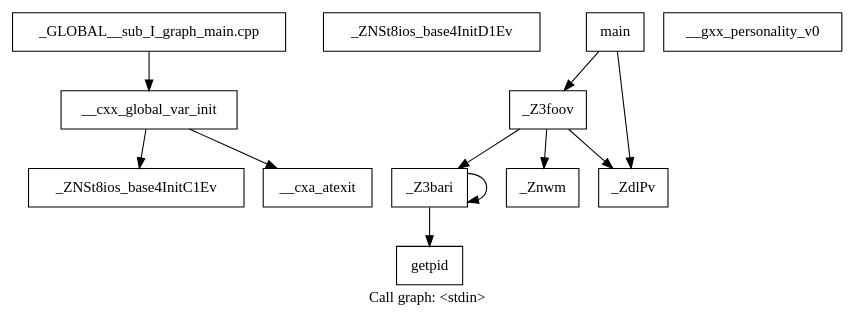
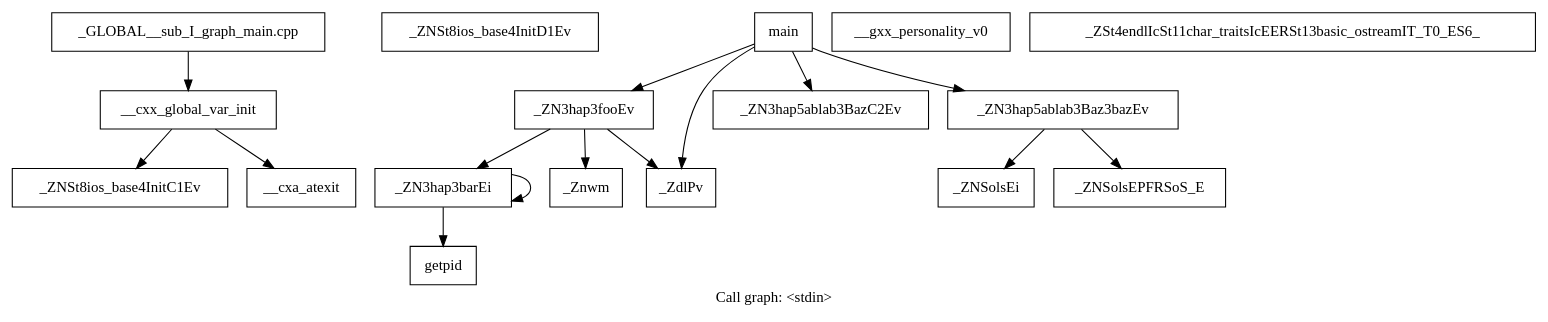
Before and after one commit to MatthiasKillat/progress_monitoring: the diagram in graph/<stdin>.callgraph.dot, drawn with Graphviz. The commit also changed 5 other files, not shown here.

```diff
--- a/graph/<stdin>.callgraph.dot
+++ b/graph/<stdin>.callgraph.dot
@@ -1,26 +1,35 @@
 digraph "Call graph: \<stdin\>" {
 	label="Call graph: \<stdin\>";
 
-	Node0x561b1bce82a0 [shape=record,label="{__cxx_global_var_init}"];
-	Node0x561b1bce82a0 -> Node0x561b1bce8320;
-	Node0x561b1bce82a0 -> Node0x561b1bce0a10;
-	Node0x561b1bce8320 [shape=record,label="{_ZNSt8ios_base4InitC1Ev}"];
-	Node0x561b1bce0ac0 [shape=record,label="{_ZNSt8ios_base4InitD1Ev}"];
-	Node0x561b1bce0a10 [shape=record,label="{__cxa_atexit}"];
-	Node0x561b1bcf3300 [shape=record,label="{_Z3bari}"];
-	Node0x561b1bcf3300 -> Node0x561b1bcf3300;
-	Node0x561b1bcf3300 -> Node0x561b1bcf33b0;
-	Node0x561b1bcf33b0 [shape=record,label="{getpid}"];
-	Node0x561b1bcf3580 [shape=record,label="{_Z3foov}"];
-	Node0x561b1bcf3580 -> Node0x561b1bcf3600;
-	Node0x561b1bcf3580 -> Node0x561b1bcf3300;
-	Node0x561b1bcf3580 -> Node0x561b1bcf36b0;
-	Node0x561b1bcf3600 [shape=record,label="{_Znwm}"];
-	Node0x561b1bcf3730 [shape=record,label="{__gxx_personality_v0}"];
-	Node0x561b1bcf36b0 [shape=record,label="{_ZdlPv}"];
-	Node0x561b1bcf3aa0 [shape=record,label="{main}"];
-	Node0x561b1bcf3aa0 -> Node0x561b1bcf3580;
-	Node0x561b1bcf3aa0 -> Node0x561b1bcf36b0;
-	Node0x561b1bcf3b50 [shape=record,label="{_GLOBAL__sub_I_graph_main.cpp}"];
-	Node0x561b1bcf3b50 -> Node0x561b1bce82a0;
+	Node0x55d907c40480 [shape=record,label="{__cxx_global_var_init}"];
+	Node0x55d907c40480 -> Node0x55d907c411e0;
+	Node0x55d907c40480 -> Node0x55d907c3ee20;
+	Node0x55d907c411e0 [shape=record,label="{_ZNSt8ios_base4InitC1Ev}"];
+	Node0x55d907c369d0 [shape=record,label="{_ZNSt8ios_base4InitD1Ev}"];
+	Node0x55d907c3ee20 [shape=record,label="{__cxa_atexit}"];
+	Node0x55d907c36b00 [shape=record,label="{_ZN3hap3barEi}"];
+	Node0x55d907c36b00 -> Node0x55d907c36b00;
+	Node0x55d907c36b00 -> Node0x55d907c36bb0;
+	Node0x55d907c36bb0 [shape=record,label="{getpid}"];
+	Node0x55d907c35900 [shape=record,label="{_ZN3hap3fooEv}"];
+	Node0x55d907c35900 -> Node0x55d907c35980;
+	Node0x55d907c35900 -> Node0x55d907c36b00;
+	Node0x55d907c35900 -> Node0x55d907c3da50;
+	Node0x55d907c35980 [shape=record,label="{_Znwm}"];
+	Node0x55d907c3dad0 [shape=record,label="{__gxx_personality_v0}"];
+	Node0x55d907c3da50 [shape=record,label="{_ZdlPv}"];
+	Node0x55d907c4bc50 [shape=record,label="{main}"];
+	Node0x55d907c4bc50 -> Node0x55d907c35900;
+	Node0x55d907c4bc50 -> Node0x55d907c3da50;
+	Node0x55d907c4bc50 -> Node0x55d907c4bd00;
+	Node0x55d907c4bc50 -> Node0x55d907c4be30;
+	Node0x55d907c4bd00 [shape=record,label="{_ZN3hap5ablab3BazC2Ev}"];
+	Node0x55d907c4be30 [shape=record,label="{_ZN3hap5ablab3Baz3bazEv}"];
+	Node0x55d907c4be30 -> Node0x55d907c4beb0;
+	Node0x55d907c4be30 -> Node0x55d907c4bf30;
+	Node0x55d907c4beb0 [shape=record,label="{_ZNSolsEi}"];
+	Node0x55d907c4bf30 [shape=record,label="{_ZNSolsEPFRSoS_E}"];
+	Node0x55d907c4bfe0 [shape=record,label="{_ZSt4endlIcSt11char_traitsIcEERSt13basic_ostreamIT_T0_ES6_}"];
+	Node0x55d907c4c090 [shape=record,label="{_GLOBAL__sub_I_graph_main.cpp}"];
+	Node0x55d907c4c090 -> Node0x55d907c40480;
 }
```
